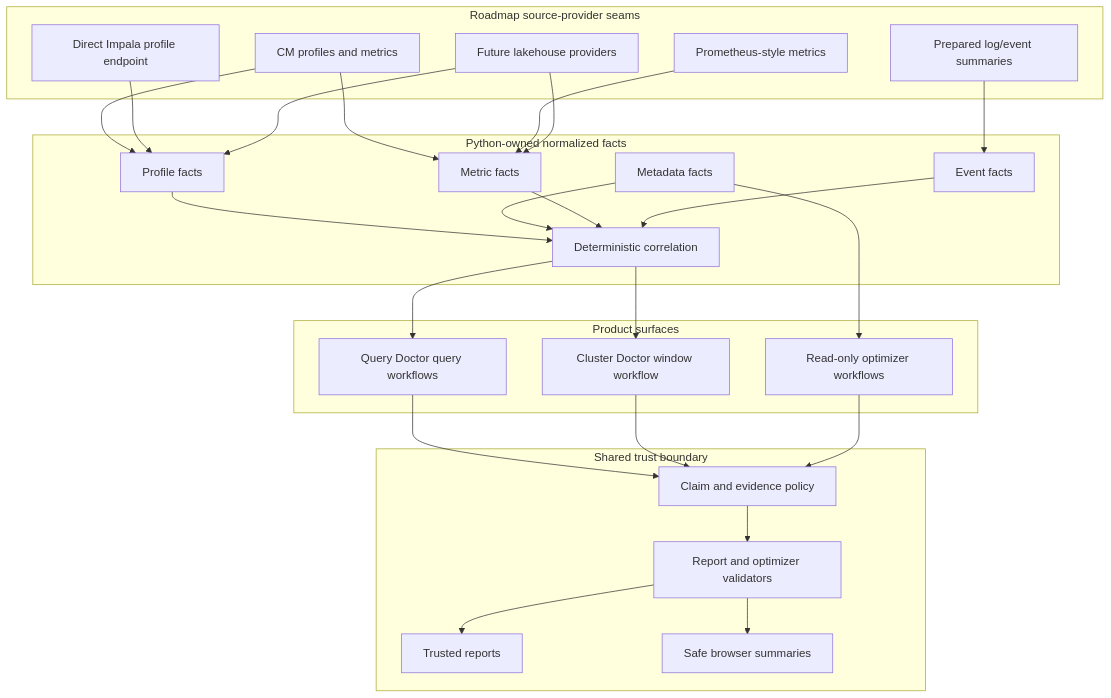
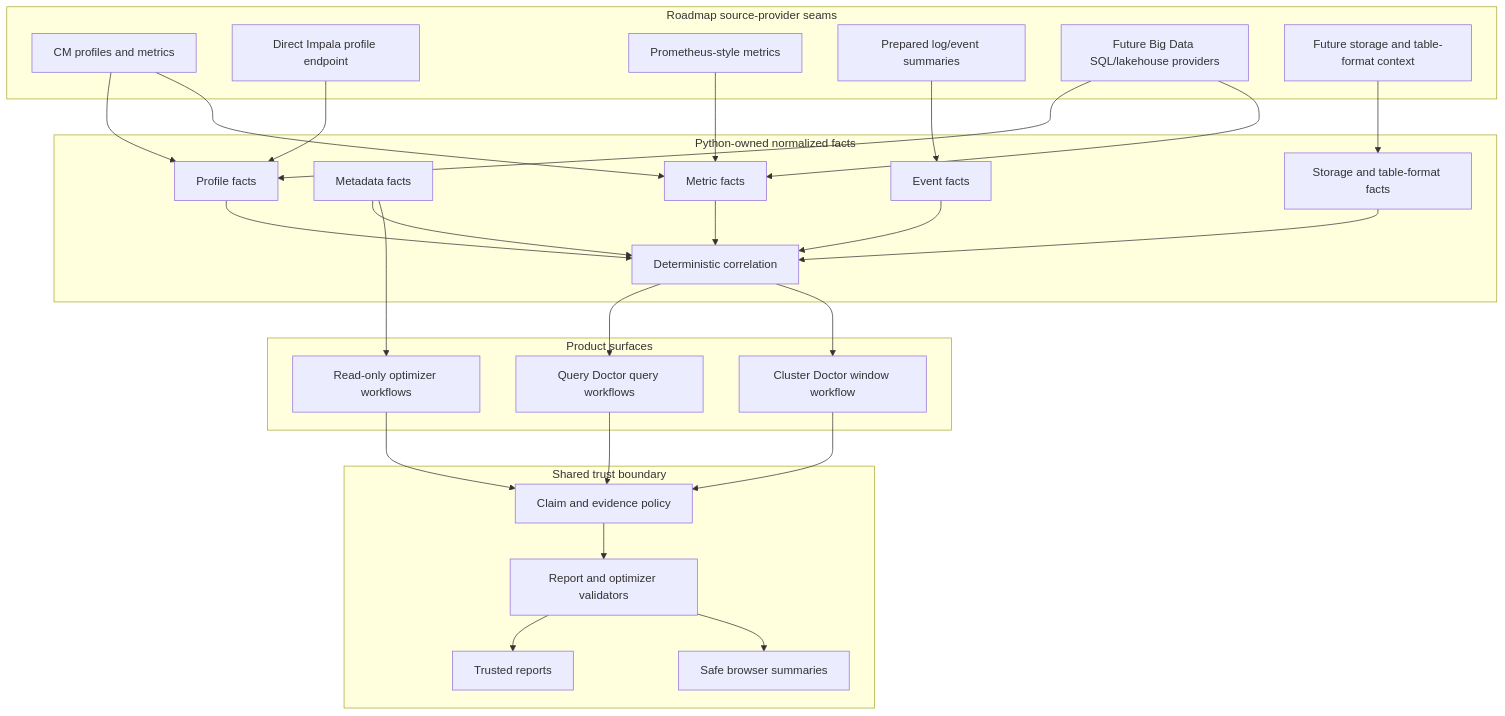
Before and after one commit to alexandrefimov/Query-Doctor: the second of 2 diagrams in docs/architecture.md, drawn with Mermaid. The commit also changed other lines of this file and 16 other files, not shown here.

````diff
--- a/docs/architecture.md
+++ b/docs/architecture.md
@@ -82,52 +82,56 @@
 ```mermaid
 flowchart TD
     subgraph Providers["Roadmap source-provider seams"]
         CMProvider[CM profiles and metrics]
         ImpalaDaemon[Direct Impala profile endpoint]
         PromProvider[Prometheus-style metrics]
         EventProvider[Prepared log/event summaries]
-        LakehouseProvider[Future lakehouse providers]
+        LakehouseProvider[Future Big Data SQL/lakehouse providers]
+        StorageProvider[Future storage and table-format context]
     end
 
     subgraph Normalized["Python-owned normalized facts"]
         ProfileFacts[Profile facts]
         MetadataFacts[Metadata facts]
+        StorageFacts[Storage and table-format facts]
         MetricFacts[Metric facts]
         EventFacts[Event facts]
         Correlation[Deterministic correlation]
     end
 
     subgraph Products["Product surfaces"]
         QueryDoctor[Query Doctor query workflows]
         ClusterDoctor[Cluster Doctor window workflow]
         OptimizerSurface[Read-only optimizer workflows]
     end
 
     subgraph TrustBoundary["Shared trust boundary"]
         ClaimRegistry[Claim and evidence policy]
         Validators[Report and optimizer validators]
         Reports[Trusted reports]
         Browser[Safe browser summaries]
     end
 
     CMProvider --> ProfileFacts
     CMProvider --> MetricFacts
     ImpalaDaemon --> ProfileFacts
     PromProvider --> MetricFacts
     EventProvider --> EventFacts
     LakehouseProvider --> ProfileFacts
     LakehouseProvider --> MetricFacts
+    StorageProvider --> StorageFacts
     ProfileFacts --> Correlation
     MetadataFacts --> Correlation
+    StorageFacts --> Correlation
     MetricFacts --> Correlation
     EventFacts --> Correlation
     Correlation --> QueryDoctor
     Correlation --> ClusterDoctor
     MetadataFacts --> OptimizerSurface
     QueryDoctor --> ClaimRegistry
     ClusterDoctor --> ClaimRegistry
     OptimizerSurface --> ClaimRegistry
     ClaimRegistry --> Validators
     Validators --> Reports
     Validators --> Browser
 ```
````
